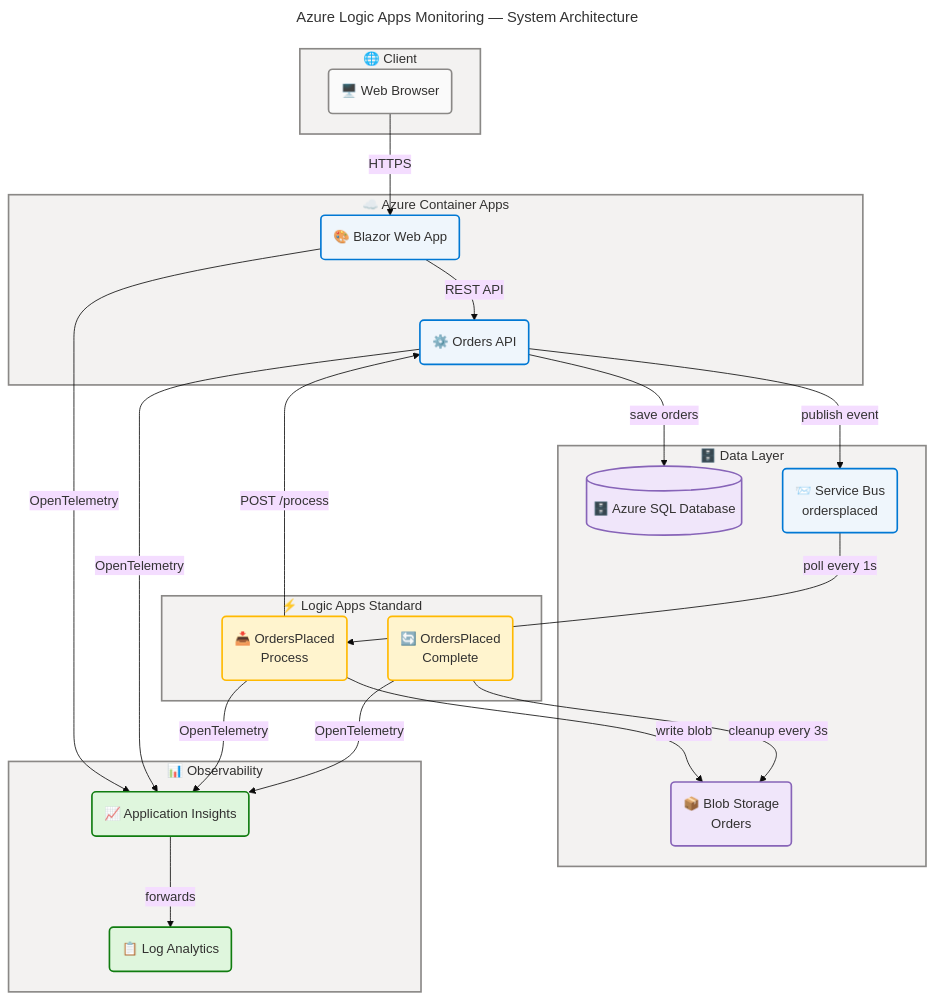
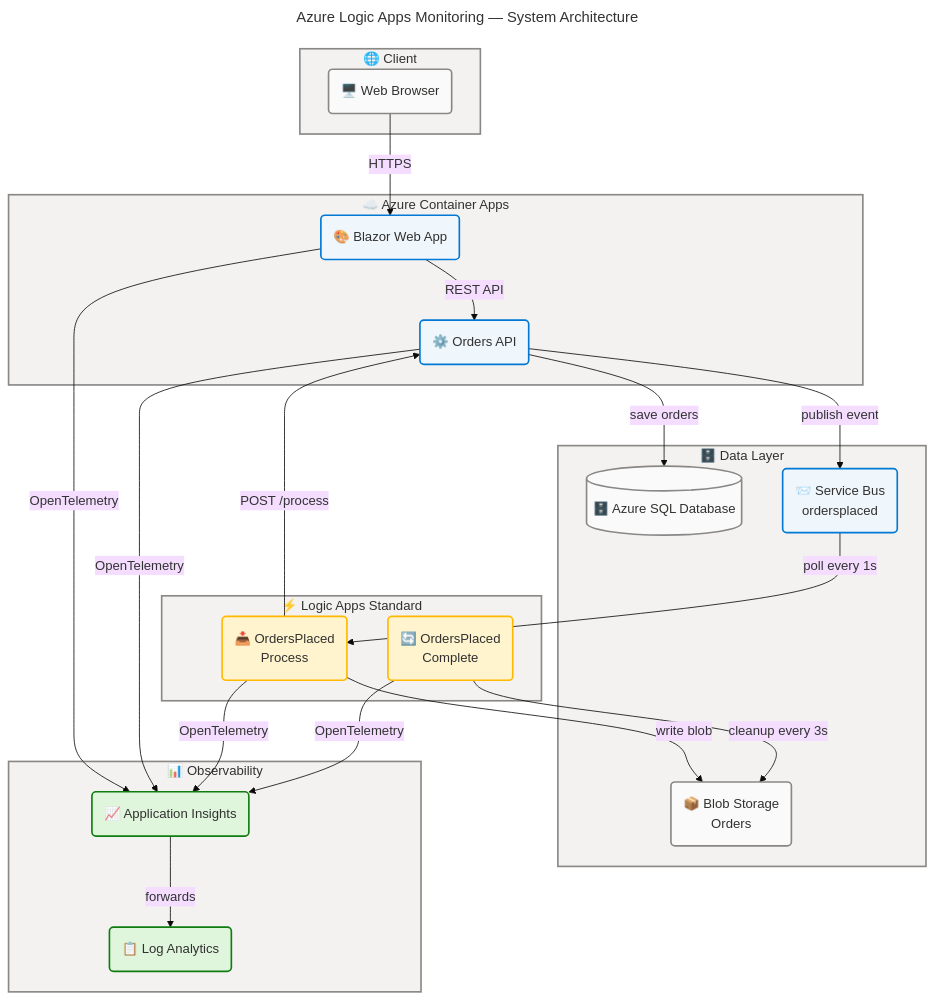
The diagram in README.md (Evilazaro/Azure-LogicApps-Monitoring), drawn with Mermaid before and after one commit.

Commit message:
style: Update data layer class definitions in diagrams to use 'neutral' for Azure SQL Database and Blob Storage

````diff
--- a/README.md
+++ b/README.md
@@ -94,76 +94,75 @@
 ```mermaid
 ---
 title: "Azure Logic Apps Monitoring — System Architecture"
 config:
   theme: base
   look: classic
   layout: dagre
   themeVariables:
     fontSize: '16px'
   flowchart:
     htmlLabels: true
 ---
 flowchart TB
     accTitle: Azure Logic Apps Monitoring System Architecture
     accDescr: End-to-end order processing flow from a Blazor web browser through Azure Container Apps and Service Bus to Logic Apps Standard workflows, Azure SQL Database, Blob Storage, and Application Insights with OpenTelemetry observability.
 
     %% ═══════════════════════════════════════════════════════════════════════════
     %% AZURE / FLUENT ARCHITECTURE PATTERN v1.1
     %% (Semantic + Structural + Font + Accessibility Governance)
     %% ═══════════════════════════════════════════════════════════════════════════
     %% PHASE 1 - FLUENT UI: All styling uses approved Fluent UI palette only
     %% PHASE 2 - GROUPS: Every subgraph has semantic color via style directive
     %% PHASE 3 - COMPONENTS: Every node has semantic classDef + icon prefix
     %% PHASE 4 - ACCESSIBILITY: accTitle/accDescr present, WCAG AA contrast
     %% PHASE 5 - STANDARD: Governance block present, classDefs centralized
     %% ═══════════════════════════════════════════════════════════════════════════
 
     subgraph client["🌐 Client"]
         browser("🖥️ Web Browser"):::neutral
     end
 
     subgraph aca["☁️ Azure Container Apps"]
         webapp("🎨 Blazor Web App"):::core
         ordersapi("⚙️ Orders API"):::core
     end
 
     subgraph datalayer["🗄️ Data Layer"]
-        sql[("🗄️ Azure SQL Database")]:::data
+        sql[("🗄️ Azure SQL Database")]:::neutral
         sbus("📨 Service Bus<br/>ordersplaced"):::core
-        blob("📦 Blob Storage<br/>Orders"):::data
+        blob("📦 Blob Storage<br/>Orders"):::neutral
     end
 
     subgraph logic["⚡ Logic Apps Standard"]
         wf1("📥 OrdersPlaced<br/>Process"):::warning
         wf2("🔄 OrdersPlaced<br/>Complete"):::warning
     end
 
     subgraph obs["📊 Observability"]
         ai("📈 Application Insights"):::success
         la("📋 Log Analytics"):::success
     end
 
     browser -->|"HTTPS"| webapp
     webapp -->|"REST API"| ordersapi
     ordersapi -->|"save orders"| sql
     ordersapi -->|"publish event"| sbus
     sbus -->|"poll every 1s"| wf1
     wf1 -->|"POST /process"| ordersapi
     wf1 -->|"write blob"| blob
     wf2 -->|"cleanup every 3s"| blob
     webapp & ordersapi -->|"OpenTelemetry"| ai
     wf1 & wf2 -->|"OpenTelemetry"| ai
     ai -->|"forwards"| la
 
     style client fill:#F3F2F1,stroke:#8A8886,stroke-width:2px,color:#323130
     style aca fill:#F3F2F1,stroke:#8A8886,stroke-width:2px,color:#323130
     style datalayer fill:#F3F2F1,stroke:#8A8886,stroke-width:2px,color:#323130
     style logic fill:#F3F2F1,stroke:#8A8886,stroke-width:2px,color:#323130
     style obs fill:#F3F2F1,stroke:#8A8886,stroke-width:2px,color:#323130
 
     classDef neutral fill:#FAFAFA,stroke:#8A8886,stroke-width:2px,color:#323130
     classDef core fill:#EFF6FC,stroke:#0078D4,stroke-width:2px,color:#323130
-    classDef data fill:#F0E6FA,stroke:#8764B8,stroke-width:2px,color:#323130
     classDef warning fill:#FFF4CE,stroke:#FFB900,stroke-width:2px,color:#323130
     classDef success fill:#DFF6DD,stroke:#107C10,stroke-width:2px,color:#323130
 ```
````
